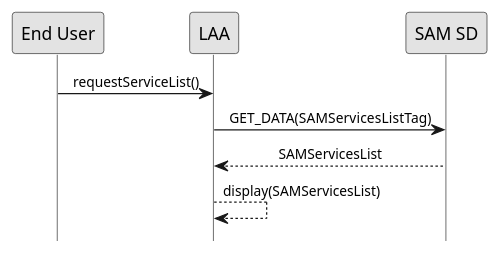
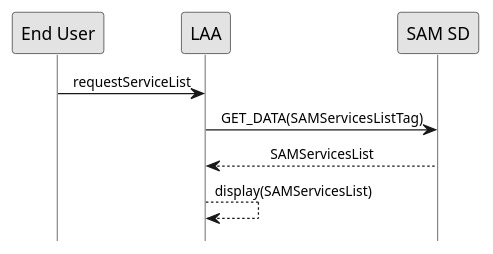
Before and after one commit to gaelrgerard/laa: the diagram in doc/uml/servicelist.pu, drawn with PlantUML. The commit also changed 2 other files, not shown here.

```diff
--- a/doc/uml/servicelist.pu
+++ b/doc/uml/servicelist.pu
@@ -2,18 +2,18 @@
 @startuml
  
 hide footbox
 skinparam sequenceMessageAlign center
 skinparam sequenceArrowFontSize 11
 skinparam noteFontSize 11
 skinparam monochrome true
 skinparam lifelinestrategy solid
  
-"End User" -> "LAA" : requestServiceList()
+"End User" -> "LAA" : requestServiceList
 
 LAA -> "SAM SD" : GET_DATA(SAMServicesListTag)
 "SAM SD" --> LAA : SAMServicesList  
 
 "LAA" --> "LAA" : display(SAMServicesList)
 
 
 @enduml
```
